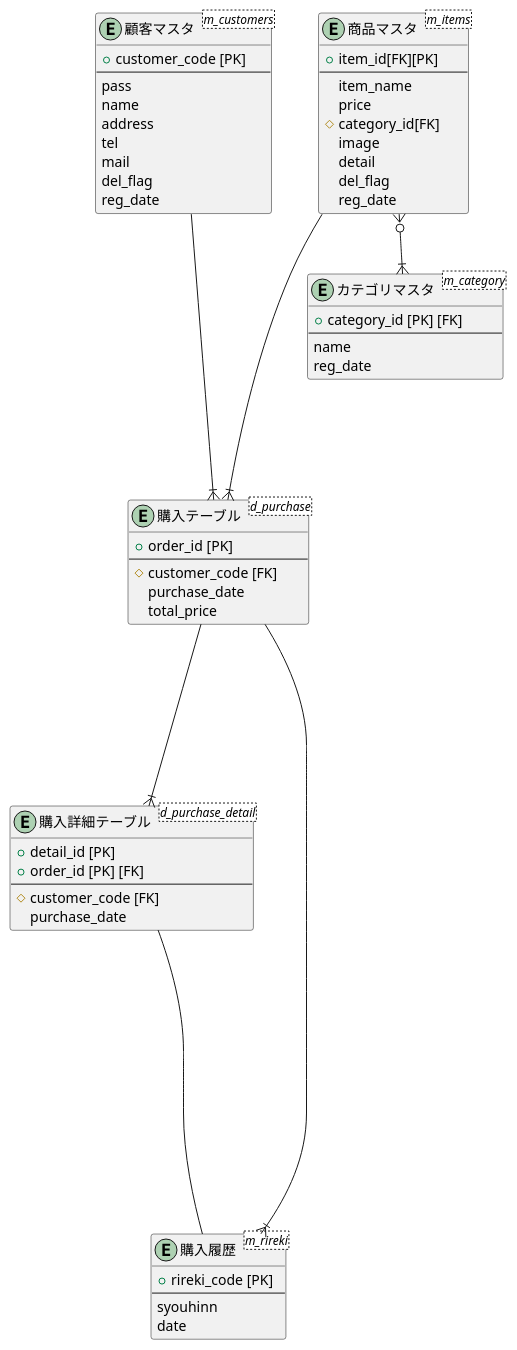
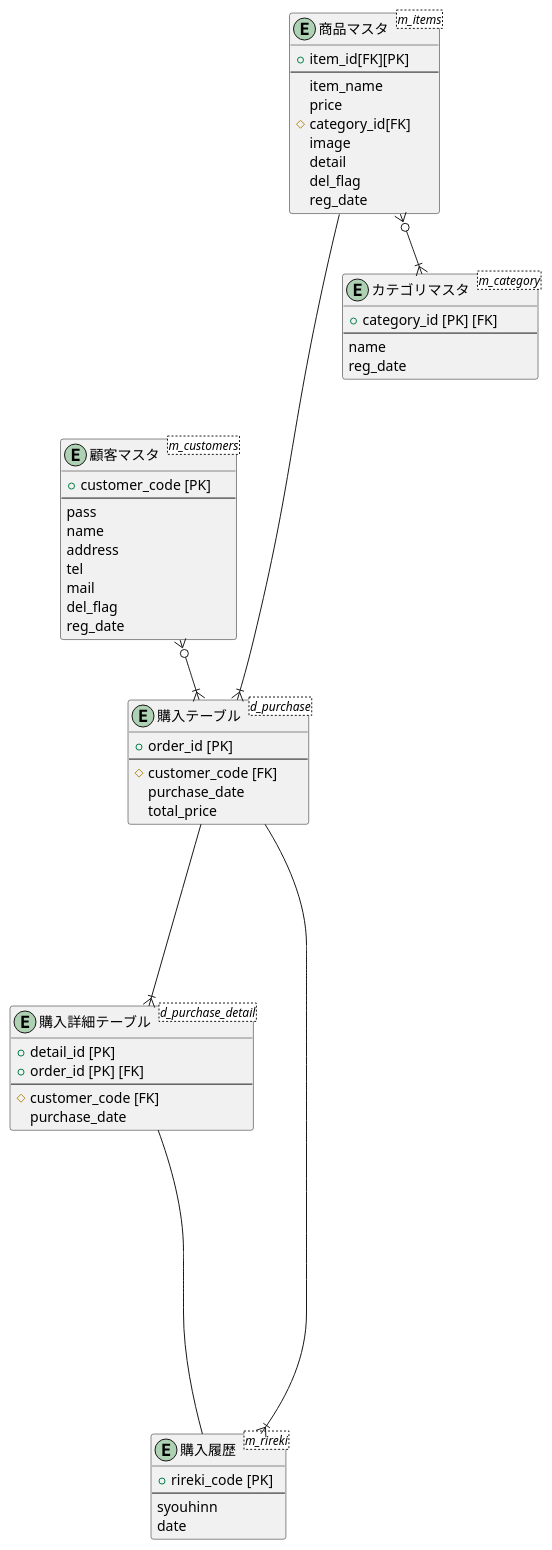
Before and after one commit to aso2001036/2021sys-design: the diagram in db/original/ER.md, drawn with PlantUML.

````diff
--- a/db/original/ER.md
+++ b/db/original/ER.md
@@ -1,64 +1,64 @@
 ```puml
 @startuml
 entity "購入テーブル" as purchase <d_purchase> {
 + order_id [PK]
 --
 # customer_code [FK]
 purchase_date
 total_price
 }
 
 entity "購入詳細テーブル" as purcher_detail <d_purchase_detail> {
 + detail_id [PK]
 + order_id [PK] [FK]
 --
 # customer_code [FK]
 purchase_date
 }
 
 entity "顧客マスタ" as customer <m_customers> {
 + customer_code [PK]
 --
 pass
 name
 address
 tel
 mail
 del_flag
 reg_date
 }
 
 entity "購入履歴" as rireki <m_rireki> {
 + rireki_code [PK]
 --
 syouhinn
 date
 }
 
 entity "カテゴリマスタ" as category <m_category> {
 + category_id [PK] [FK]
 --
 name
 reg_date
 }
 
 entity "商品マスタ" as items <m_items> {
 + item_id[FK][PK]
 --
 item_name
 price
 # category_id[FK]
 image
 detail
 del_flag
 reg_date
 }
 
 purchase ----|{ purcher_detail
 purchase ----|{ rireki
 purcher_detail ------ rireki
-customer ----|{ purchase
+customer }o--|{ purchase
 items ----|{ purchase
 items }o--|{ category
 @enduml
 ```
````
